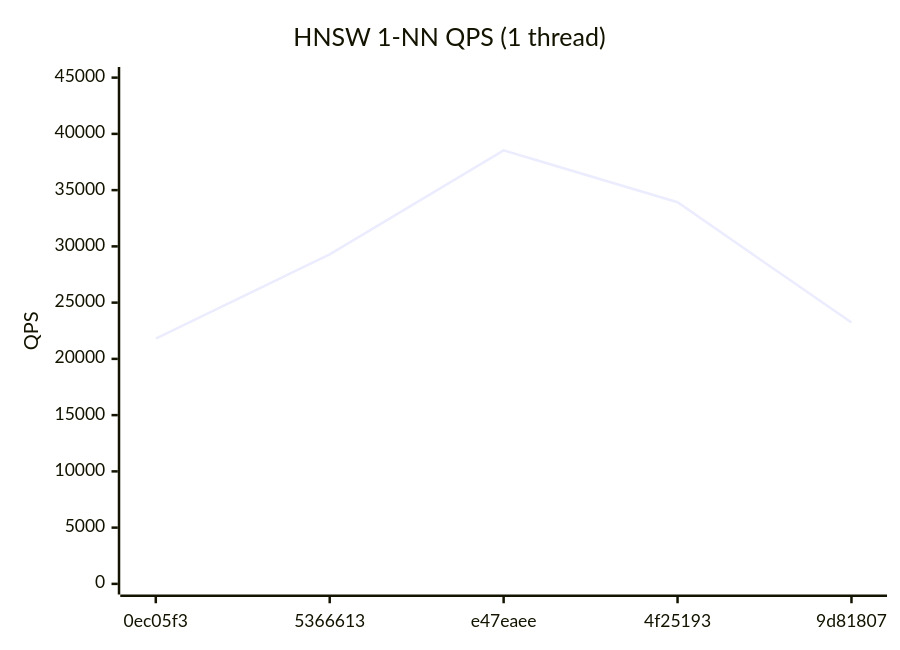
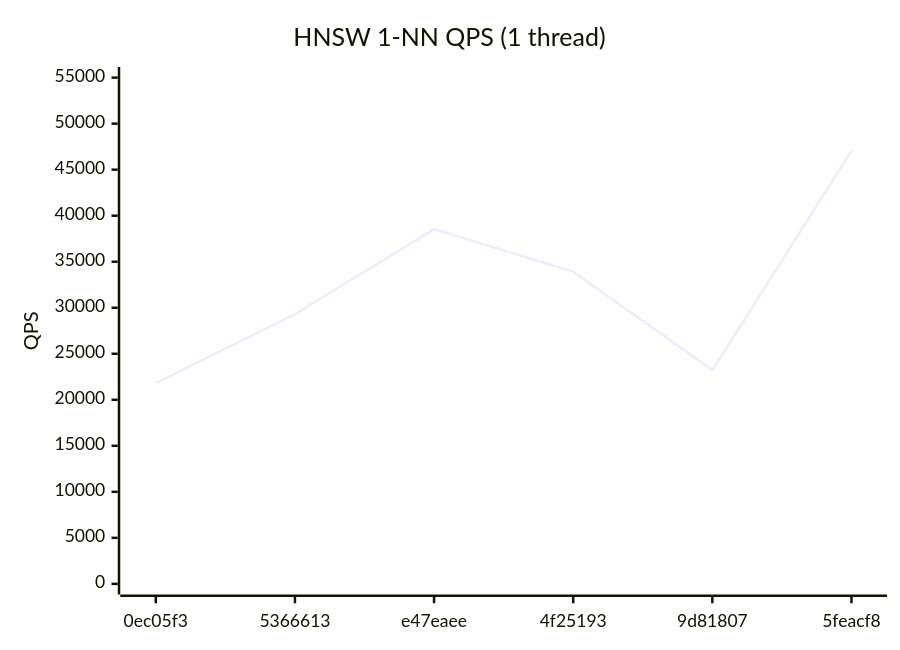
One commit to bibidhSubedi0/RedBoxDb changed the first of 4 diagrams in benchmarks/REPORT.md. Above: the diagram before and after it, drawn with Mermaid. The commit also changed other lines of this file and 1 other file, not shown here.

Commit message:
bench: update performance report [5feacf8] [skip ci]

````diff
--- a/benchmarks/REPORT.md
+++ b/benchmarks/REPORT.md
@@ -19,7 +19,7 @@
 ```mermaid
 xychart-beta
   title "HNSW 1-NN QPS (1 thread)"
-  x-axis ["0ec05f3", "5366613", "e47eaee", "4f25193", "9d81807"]
-  y-axis "QPS" 0 --> 45000
-  line [21803, 29297, 38537, 33923, 23225]
+  x-axis ["0ec05f3", "5366613", "e47eaee", "4f25193", "9d81807", "5feacf8"]
+  y-axis "QPS" 0 --> 55000
+  line [21803, 29297, 38537, 33923, 23225, 47040]
 ```
````
